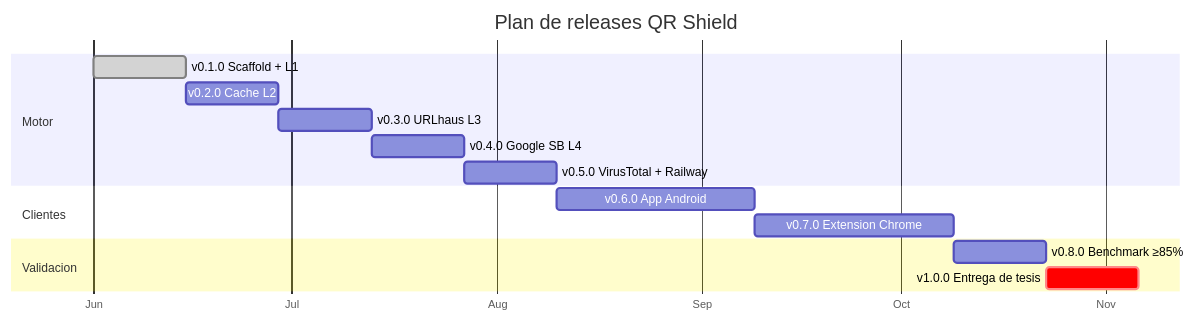
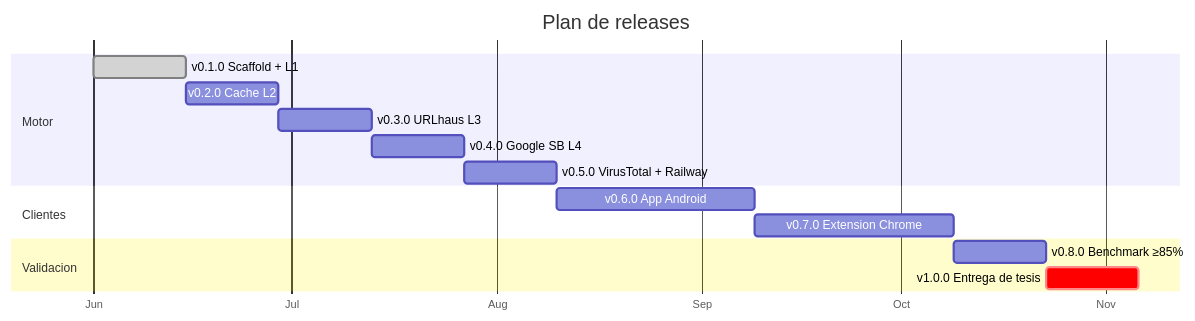
The second of 2 diagrams in README.md (Mickaell22/qr-shield), drawn with Mermaid before and after one commit. The commit also changed other lines of this file and 9 other files, not shown here.

````diff
--- a/README.md
+++ b/README.md
@@ -246,18 +265,18 @@
 ```mermaid
 gantt
-    title Plan de releases QR Shield
+    title Plan de releases
     dateFormat YYYY-MM-DD
     axisFormat %b
     section Motor
     v0.1.0 Scaffold + L1     :done,    v01, 2026-06-01, 14d
     v0.2.0 Cache L2          :         v02, after v01, 14d
     v0.3.0 URLhaus L3        :         v03, after v02, 14d
     v0.4.0 Google SB L4      :         v04, after v03, 14d
     v0.5.0 VirusTotal + Railway :     v05, after v04, 14d
     section Clientes
     v0.6.0 App Android       :         v06, after v05, 30d
     v0.7.0 Extension Chrome  :         v07, after v06, 30d
     section Validacion
     v0.8.0 Benchmark ≥85%    :         v08, after v07, 14d
     v1.0.0 Entrega de tesis  :crit,    v10, after v08, 14d
 ```
````
